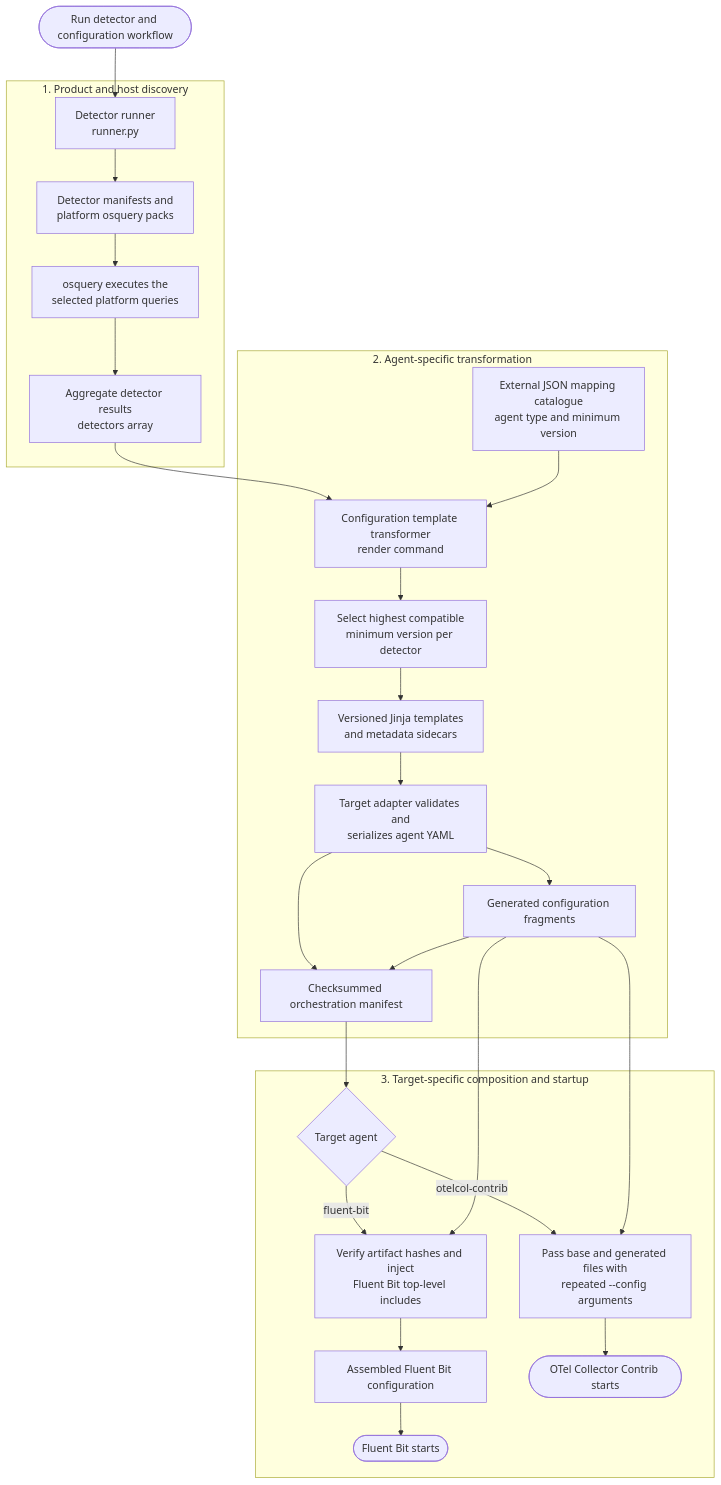
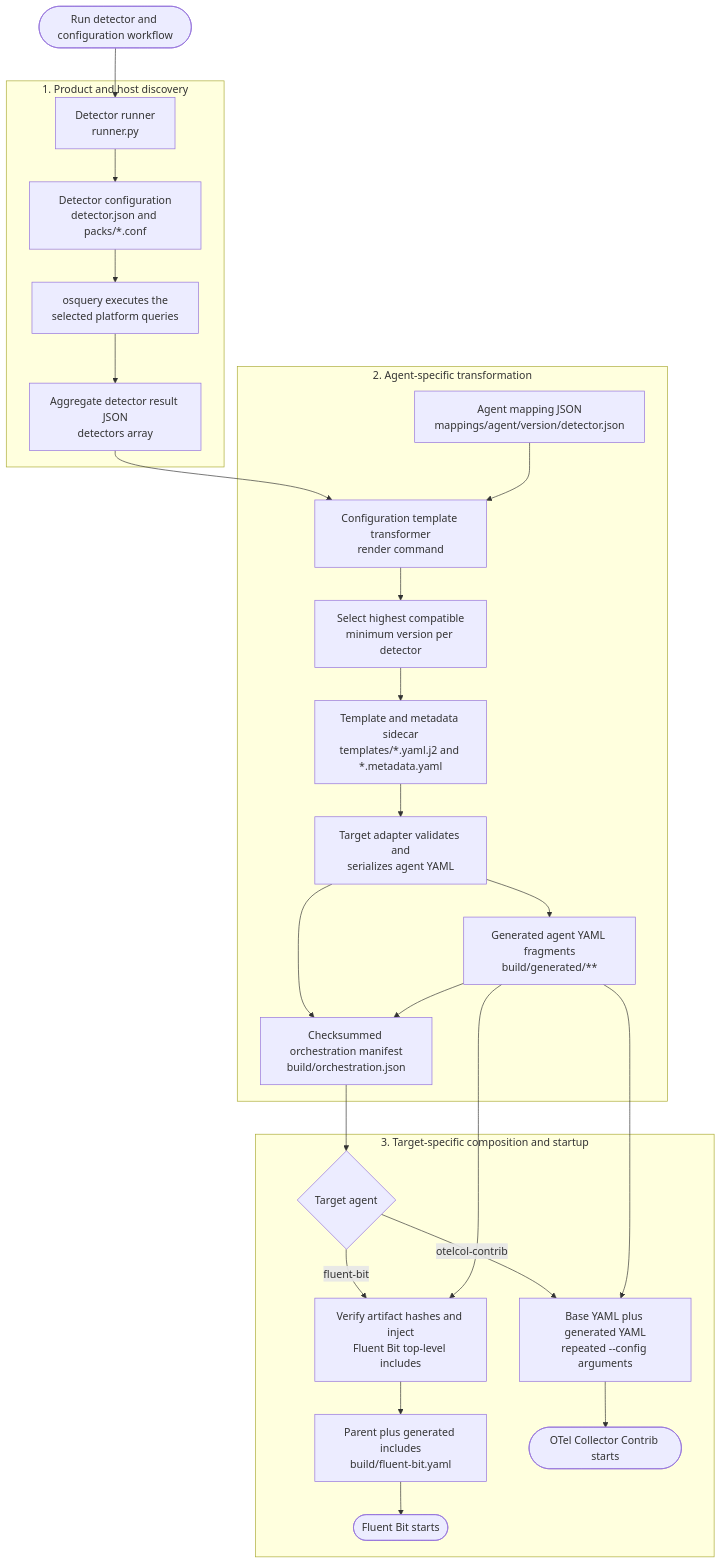
The first of 3 diagrams in transformers/config-template-transformer/docs/execution_flow.md (opamp-observe/config-generator), drawn with Mermaid before and after one commit. The commit also changed other lines of this file and 3 other files, not shown here.

````diff
--- a/transformers/config-template-transformer/docs/execution_flow.md
+++ b/transformers/config-template-transformer/docs/execution_flow.md
@@ -13,54 +13,54 @@
 ```mermaid
 flowchart TD
     request([Run detector and configuration workflow])
 
     subgraph discovery["1. Product and host discovery"]
         runner["Detector runner<br/>runner.py"]
-        catalogue["Detector manifests and<br/>platform osquery packs"]
+        catalogue["Detector configuration<br/>detector.json and packs/*.conf"]
         osquery["osquery executes the<br/>selected platform queries"]
-        aggregate["Aggregate detector results<br/>detectors array"]
+        aggregate["Aggregate detector result JSON<br/>detectors array"]
 
         runner --> catalogue
         catalogue --> osquery
         osquery --> aggregate
     end
 
     subgraph transformation["2. Agent-specific transformation"]
         transformer["Configuration template transformer<br/>render command"]
-        mapping_catalogue["External JSON mapping catalogue<br/>agent type and minimum version"]
+        mapping_catalogue["Agent mapping JSON<br/>mappings/agent/version/detector.json"]
         selector["Select highest compatible<br/>minimum version per detector"]
-        templates["Versioned Jinja templates<br/>and metadata sidecars"]
+        templates["Template and metadata sidecar<br/>templates/*.yaml.j2 and *.metadata.yaml"]
         adapter["Target adapter validates and<br/>serializes agent YAML"]
-        artifacts["Generated configuration fragments"]
-        manifest["Checksummed orchestration manifest"]
+        artifacts["Generated agent YAML fragments<br/>build/generated/**"]
+        manifest["Checksummed orchestration manifest<br/>build/orchestration.json"]
 
         aggregate --> transformer
         mapping_catalogue --> transformer
         transformer --> selector
         selector --> templates
         templates --> adapter
         adapter --> artifacts
         adapter --> manifest
         artifacts --> manifest
     end
 
     subgraph deployment["3. Target-specific composition and startup"]
         target_choice{"Target agent"}
         fluent_inject["Verify artifact hashes and inject<br/>Fluent Bit top-level includes"]
-        fluent_parent["Assembled Fluent Bit configuration"]
-        otel_compose["Pass base and generated files with<br/>repeated --config arguments"]
+        fluent_parent["Parent plus generated includes<br/>build/fluent-bit.yaml"]
+        otel_compose["Base YAML plus generated YAML<br/>repeated --config arguments"]
         fluent_agent([Fluent Bit starts])
         otel_agent([OTel Collector Contrib starts])
 
         manifest --> target_choice
         target_choice -->|fluent-bit| fluent_inject
         artifacts --> fluent_inject
         fluent_inject --> fluent_parent
         fluent_parent --> fluent_agent
         target_choice -->|otelcol-contrib| otel_compose
         artifacts --> otel_compose
         otel_compose --> otel_agent
     end
 
     request --> runner
 ```
````
